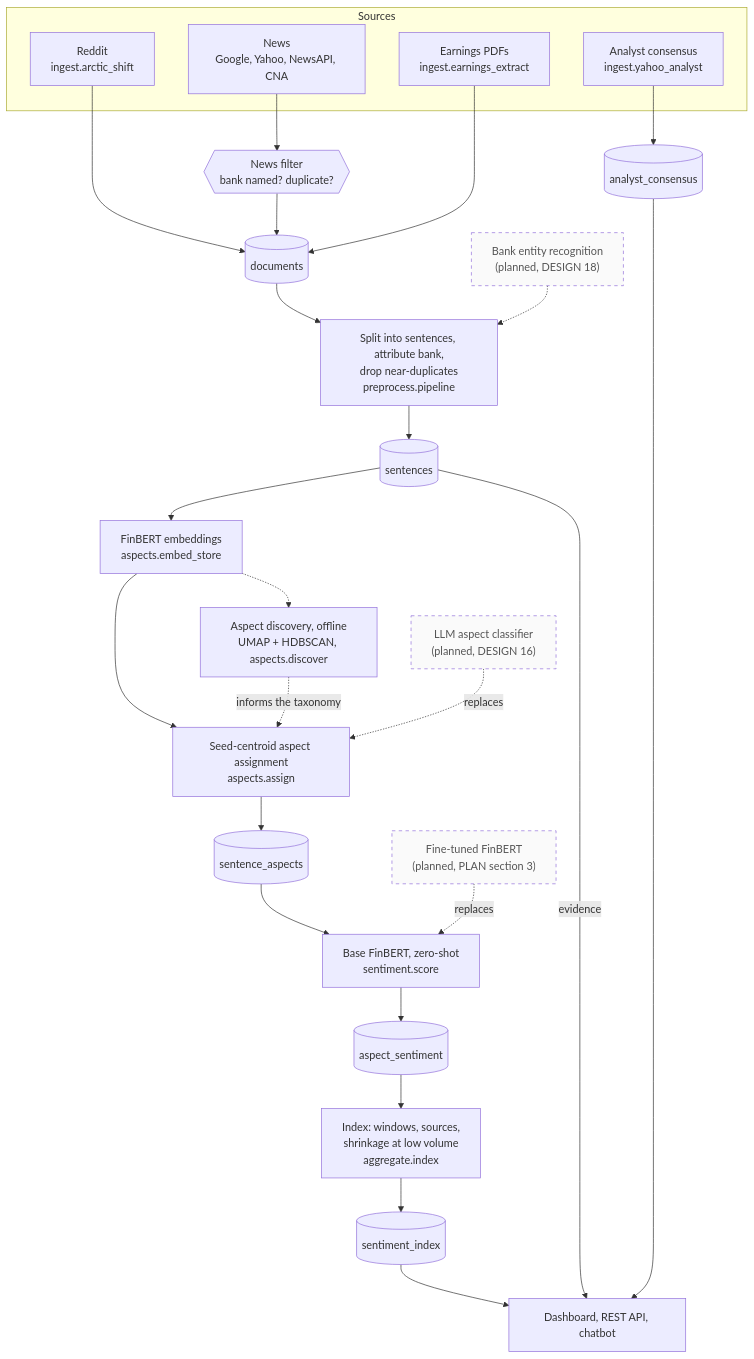
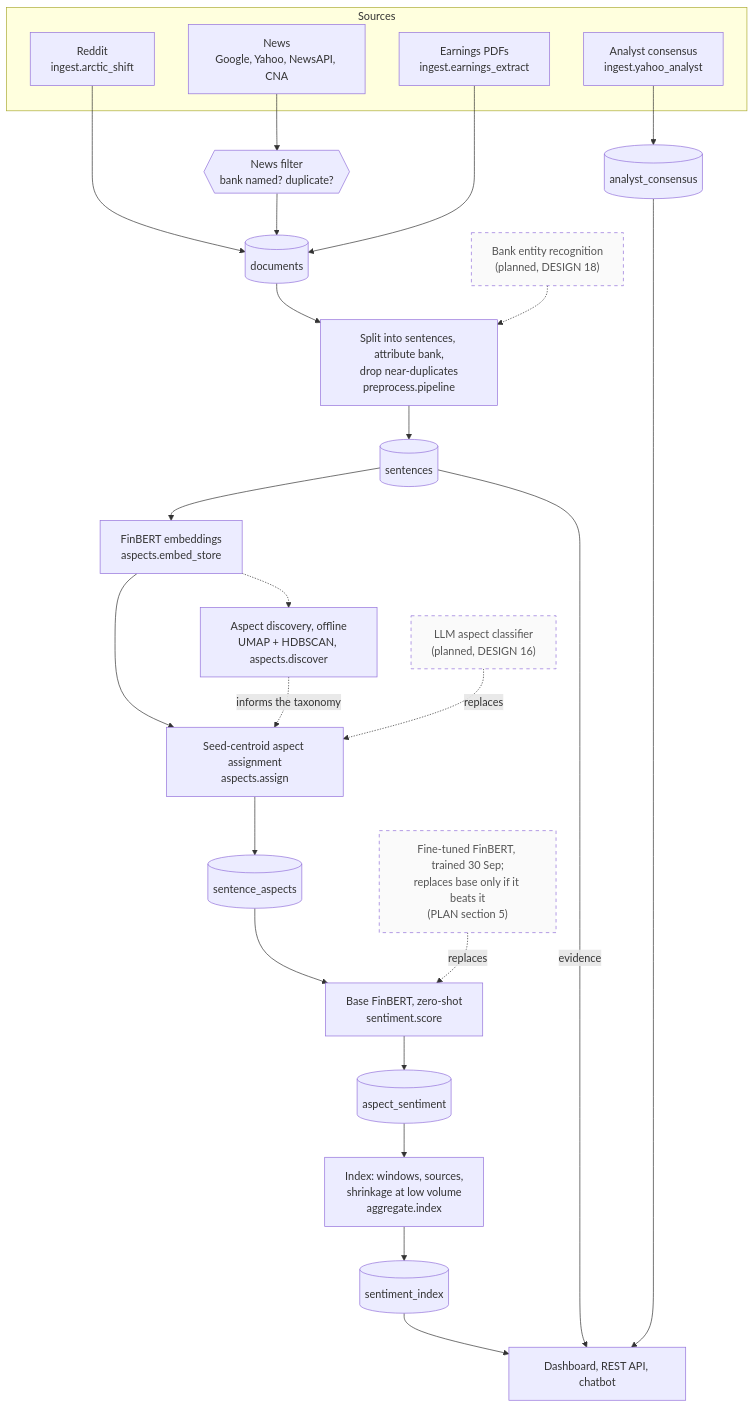
Before and after one commit to Gavingyh/plp-project: the diagram in docs/diagrams/src/04-pipeline.mmd, drawn with Mermaid. The commit also changed 48 other files, not shown here.

```diff
--- a/docs/diagrams/src/04-pipeline.mmd
+++ b/docs/diagrams/src/04-pipeline.mmd
@@ -1,48 +1,48 @@
 flowchart TB
   accTitle: Processing pipeline
   accDescr: Sources are ingested into documents, split into sentences, embedded, tagged with aspects, scored and aggregated into an index that the dashboard, API and chatbot read. Planned replacements are dashed.
 
   subgraph src["Sources"]
     reddit["Reddit<br/>ingest.arctic_shift"]
     news["News<br/>Google, Yahoo, NewsAPI, CNA"]
     pdfs["Earnings PDFs<br/>ingest.earnings_extract"]
     cons["Analyst consensus<br/>ingest.yahoo_analyst"]
   end
 
   filt{{"News filter<br/>bank named? duplicate?"}}
   docs[("documents")]
   acons[("analyst_consensus")]
   prep["Split into sentences, attribute bank,<br/>drop near-duplicates<br/>preprocess.pipeline"]
   ner["Bank entity recognition<br/>(planned, DESIGN 18)"]
   sents[("sentences")]
   emb["FinBERT embeddings<br/>aspects.embed_store"]
   disc["Aspect discovery, offline<br/>UMAP + HDBSCAN, aspects.discover"]
   assign["Seed-centroid aspect assignment<br/>aspects.assign"]
   llm["LLM aspect classifier<br/>(planned, DESIGN 16)"]
   sa[("sentence_aspects")]
   score["Base FinBERT, zero-shot<br/>sentiment.score"]
-  ft["Fine-tuned FinBERT<br/>(planned, PLAN section 3)"]
+  ft["Fine-tuned FinBERT, trained 30 Sep;<br/>replaces base only if it beats it<br/>(PLAN section 5)"]
   as[("aspect_sentiment")]
   agg["Index: windows, sources,<br/>shrinkage at low volume<br/>aggregate.index"]
   idx[("sentiment_index")]
   ui["Dashboard, REST API, chatbot"]
 
   reddit --> docs
   news --> filt --> docs
   pdfs --> docs
   cons --> acons
   docs --> prep --> sents
   ner -.-> prep
   sents --> emb --> assign --> sa
   emb -.-> disc
   disc -. "informs the taxonomy" .-> assign
   llm -. "replaces" .-> assign
   sa --> score --> as
   ft -. "replaces" .-> score
   as --> agg --> idx
   idx --> ui
   sents -- "evidence" --> ui
   acons --> ui
 
   classDef planned stroke-dasharray: 5 5,color:#555,fill:#fafafa;
   class ner,llm,ft planned;
```
